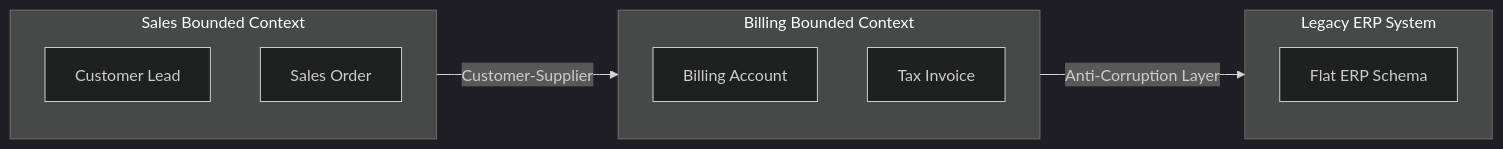
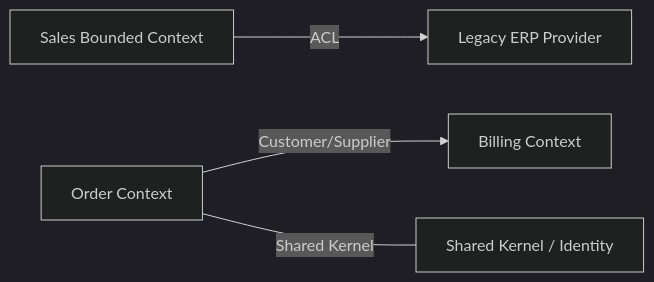
One commit to andermoreira/arch-lab changed the first of 2 diagrams in docs/reference/03-domain-driven-design-guide.md. Above: the diagram before and after it, drawn with Mermaid (dark theme). The commit also changed other lines of this file and 17 other files, not shown here.

````diff
--- a/docs/reference/03-domain-driven-design-guide.md
+++ b/docs/reference/03-domain-driven-design-guide.md
@@ -12,19 +17,6 @@
 ```mermaid
 graph LR
-    subgraph Sales_Context [Sales Bounded Context]
-        S_Customer[Customer Lead]
-        S_Order[Sales Order]
-    end
-
-    subgraph Billing_Context [Billing Bounded Context]
-        B_Account[Billing Account]
-        B_Invoice[Tax Invoice]
-    end
-
-    subgraph Legacy_ERP [Legacy ERP System]
-        ERP_Data[Flat ERP Schema]
-    end
-
-    Sales_Context -->|Customer-Supplier| Billing_Context
-    Billing_Context -->|Anti-Corruption Layer| Legacy_ERP
+    SalesContext[Sales Bounded Context] -->|ACL| LegacyERP[Legacy ERP Provider]
+    OrderContext[Order Context] -->|Customer/Supplier| BillingContext[Billing Context]
+    OrderContext ---|Shared Kernel| AuthContext[Shared Kernel / Identity]
 ```
````
